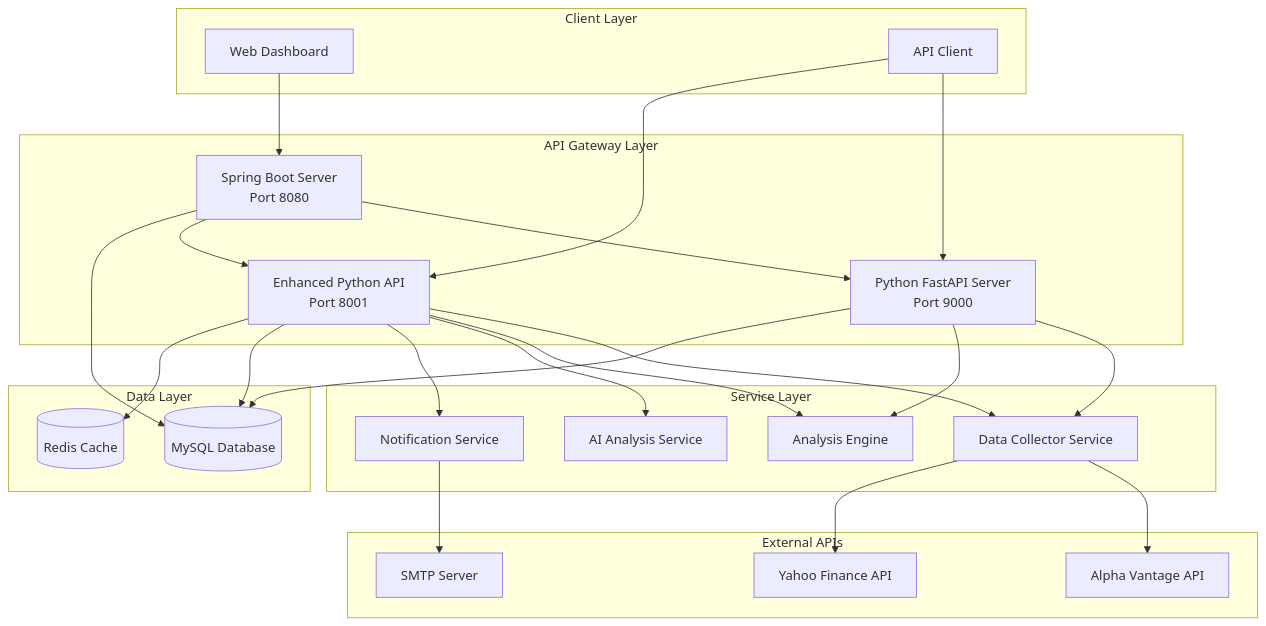
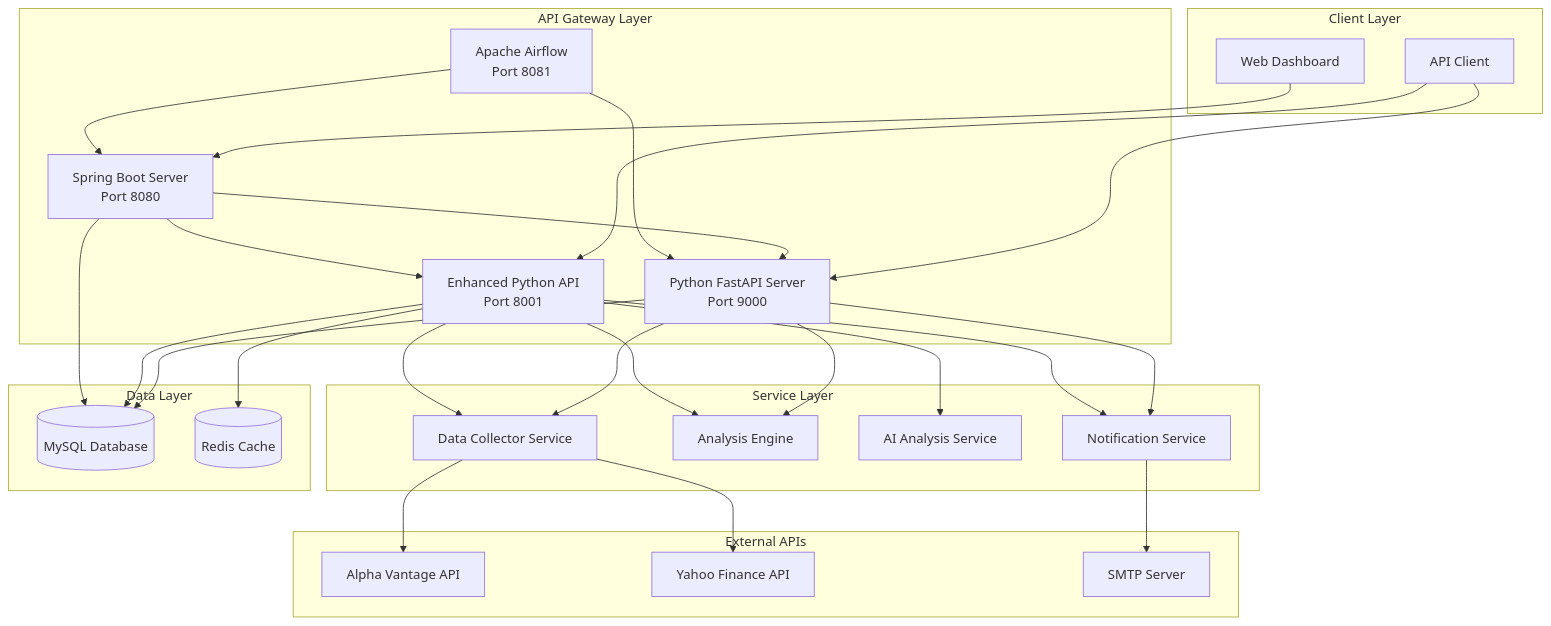
The diagram in README.md (skyleedevzero86/STOCK_ANALYSIS_SYSTEM), drawn with Mermaid before and after one commit. The commit also changed other lines of this file, not shown here.

````diff
--- a/README.md
+++ b/README.md
@@ -25,50 +25,54 @@
 ```mermaid
 graph TB
     subgraph "Client Layer"
         WEB[Web Dashboard]
         API_CLIENT[API Client]
     end
 
     subgraph "API Gateway Layer"
         SPRING[Spring Boot Server<br/>Port 8080]
         PYTHON_API[Python FastAPI Server<br/>Port 9000]
         PYTHON_ENHANCED[Enhanced Python API<br/>Port 8001]
+        AIRFLOW[Apache Airflow<br/>Port 8081]
     end
 
     subgraph "Service Layer"
         DATA_COLLECTOR[Data Collector Service]
         ANALYSIS_ENGINE[Analysis Engine]
         AI_SERVICE[AI Analysis Service]
         NOTIFICATION[Notification Service]
     end
 
     subgraph "Data Layer"
         MYSQL[(MySQL Database)]
         REDIS[(Redis Cache)]
     end
 
     subgraph "External APIs"
         ALPHA_VANTAGE[Alpha Vantage API]
         YAHOO[Yahoo Finance API]
         SMTP[SMTP Server]
     end
 
     WEB --> SPRING
     API_CLIENT --> PYTHON_API
     API_CLIENT --> PYTHON_ENHANCED
     SPRING --> PYTHON_API
     SPRING --> PYTHON_ENHANCED
+    AIRFLOW --> SPRING
+    AIRFLOW --> PYTHON_API
     PYTHON_API --> DATA_COLLECTOR
     PYTHON_ENHANCED --> DATA_COLLECTOR
     PYTHON_API --> ANALYSIS_ENGINE
     PYTHON_ENHANCED --> ANALYSIS_ENGINE
     PYTHON_ENHANCED --> AI_SERVICE
+    PYTHON_API --> NOTIFICATION
     PYTHON_ENHANCED --> NOTIFICATION
     DATA_COLLECTOR --> ALPHA_VANTAGE
     DATA_COLLECTOR --> YAHOO
     NOTIFICATION --> SMTP
     PYTHON_API --> MYSQL
     PYTHON_ENHANCED --> MYSQL
     PYTHON_ENHANCED --> REDIS
     SPRING --> MYSQL
 ```
````
